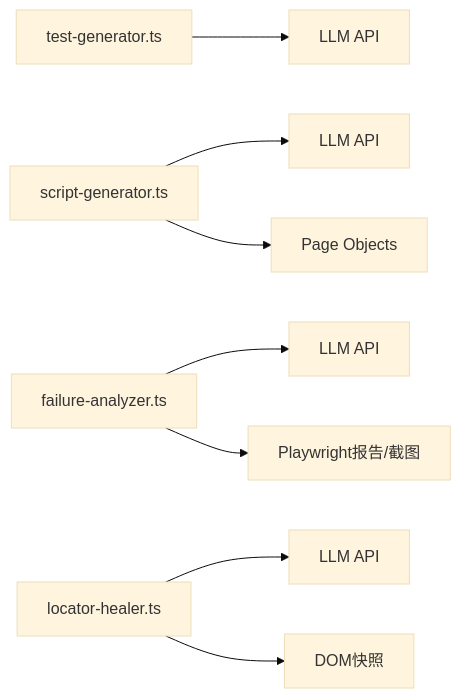
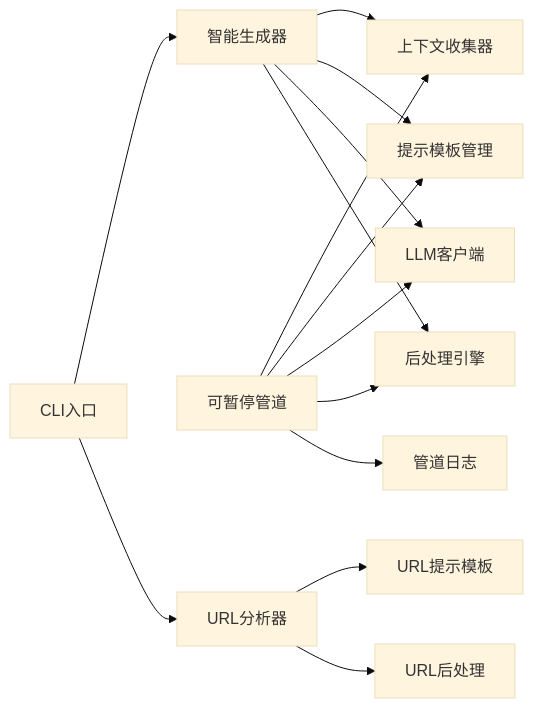
One commit to zzgoviziwind/--playwright changed the sixth of 6 diagrams in .qoder/repowiki/zh/content/AI测试生成系统/AI测试生成系统.md. Above: the diagram before and after it, drawn with Mermaid (base theme). The commit also changed other lines of this file and 112 other files, not shown here.

````diff
--- a/.qoder/repowiki/zh/content/AI测试生成系统/AI测试生成系统.md
+++ b/.qoder/repowiki/zh/content/AI测试生成系统/AI测试生成系统.md
@@ -306,10 +441,16 @@
 ```mermaid
 graph LR
-TG["test-generator.ts"] --> LLM["LLM API"]
-SG["script-generator.ts"] --> LLM2["LLM API"]
-FA["failure-analyzer.ts"] --> LLM3["LLM API"]
-LH["locator-healer.ts"] --> LLM4["LLM API"]
-SG --> PO["Page Objects"]
-FA --> Reports["Playwright报告/截图"]
-LH --> DOM["DOM快照"]
+SG["智能生成器"] --> CC["上下文收集器"]
+SG --> PT["提示模板管理"]
+SG --> LC["LLM客户端"]
+SG --> PP["后处理引擎"]
+SP["可暂停管道"] --> CC
+SP --> PT
+SP --> LC
+SP --> PP
+SP --> PL["管道日志"]
+PA["URL分析器"] --> UPT["URL提示模板"]
+PA --> UPP["URL后处理"]
+CLI["CLI入口"] --> SG
+CLI --> PA
 ```
````
